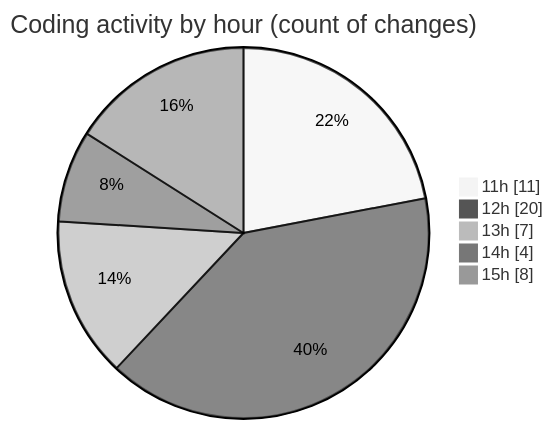
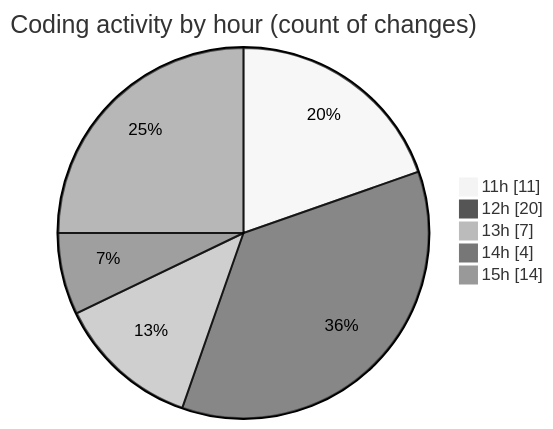
The second of 2 diagrams in 2025-10-14/nxtqube_webapp/README.md (nxtqubesakshisongat/code-tracking), drawn with Mermaid (neutral theme) before and after one commit. The commit also changed other lines of this file and 1 other file, not shown here.

````diff
--- a/2025-10-14/nxtqube_webapp/README.md
+++ b/2025-10-14/nxtqube_webapp/README.md
@@ -29,9 +29,9 @@
 ```mermaid
 pie showData
 title Coding activity by hour (count of changes)
 "11h" : 11
 "12h" : 20
 "13h" : 7
 "14h" : 4
-"15h" : 8
+"15h" : 14
 ```
````
